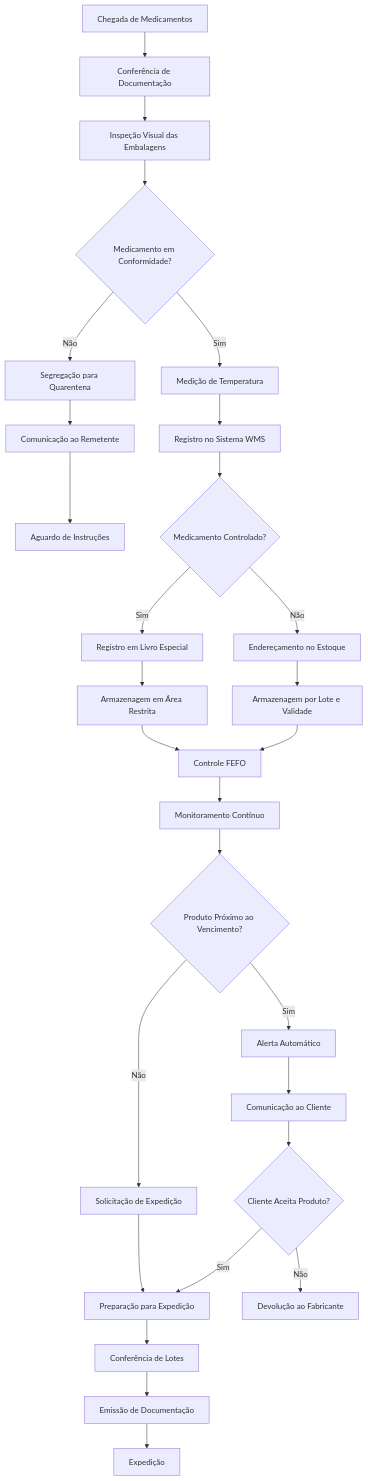
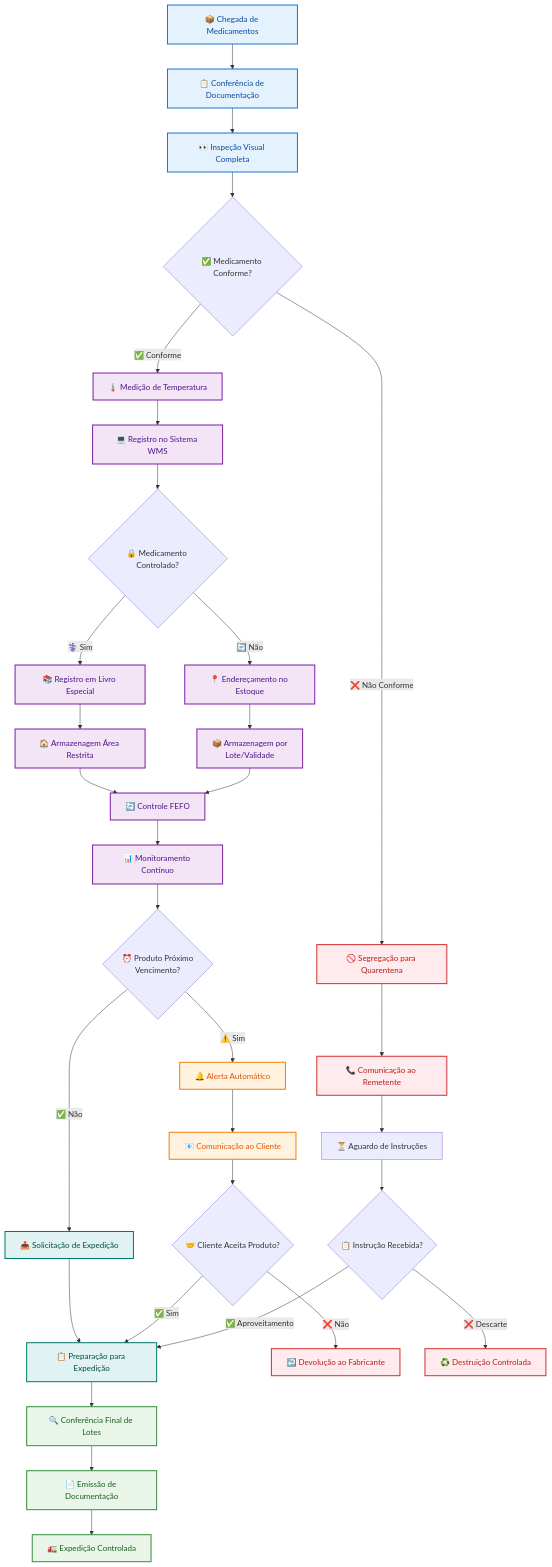
One commit to ceciliodaher/POP-Expertzy changed the second of 5 diagrams in pop/transportes_fluxos_pop_v2.md. Above: the diagram before and after it, drawn with Mermaid. The commit also changed other lines of this file and 18 other files, not shown here.

First line of the commit message:
feat: Implementar suporte Mermaid e atualizar POPs para versão 2.0

````diff
--- a/pop/transportes_fluxos_pop_v2.md
+++ b/pop/transportes_fluxos_pop_v2.md
@@ -546,41 +403,77 @@
 ```mermaid
-graph TD
-    A[Chegada de Medicamentos] --> B[Conferência de Documentação]
-    B --> C[Inspeção Visual das Embalagens]
-    C --> D{Medicamento em Conformidade?}
-    
-    D -->|Não| E[Segregação para Quarentena]
-    D -->|Sim| F[Medição de Temperatura]
-    
-    E --> G[Comunicação ao Remetente]
-    F --> H[Registro no Sistema WMS]
-    
-    G --> I[Aguardo de Instruções]
-    H --> J{Medicamento Controlado?}
-    
-    J -->|Sim| K[Registro em Livro Especial]
-    J -->|Não| L[Endereçamento no Estoque]
-    
-    K --> M[Armazenagem em Área Restrita]
-    L --> N[Armazenagem por Lote e Validade]
-    
-    M --> O[Controle FEFO]
+flowchart TD
+    A["📦 Chegada de Medicamentos"]
+    B["📋 Conferência de Documentação"]
+    C["👀 Inspeção Visual Completa"]
+    D{"✅ Medicamento Conforme?"}
+    E["🚫 Segregação para Quarentena"]
+    F["🌡️ Medição de Temperatura"]
+    G["📞 Comunicação ao Remetente"]
+    H["💻 Registro no Sistema WMS"]
+    I["⏳ Aguardo de Instruções"]
+    J{"🔒 Medicamento Controlado?"}
+    K["📚 Registro em Livro Especial"]
+    L["📍 Endereçamento no Estoque"]
+    M["🏠 Armazenagem Área Restrita"]
+    N["📦 Armazenagem por\nLote/Validade"]
+    O["🔄 Controle FEFO"]
+    P["📊 Monitoramento Contínuo"]
+    Q{"⏰ Produto Próximo\nVencimento?"}
+    R["🔔 Alerta Automático"]
+    S["📤 Solicitação de Expedição"]
+    T["📧 Comunicação ao Cliente"]
+    U["📋 Preparação para Expedição"]
+    V{"🤝 Cliente Aceita Produto?"}
+    W["↩️ Devolução ao Fabricante"]
+    X["🔍 Conferência Final de Lotes"]
+    Y["📄 Emissão de Documentação"]
+    Z["🚛 Expedição Controlada"]
+    AA{"📋 Instrução Recebida?"}
+    BB["♻️ Destruição Controlada"]
+
+    A --> B
+    B --> C
+    C --> D
+    D -->|"❌ Não Conforme"| E
+    D -->|"✅ Conforme"| F
+    E --> G
+    F --> H
+    G --> I
+    H --> J
+    J -->|"⚕️ Sim"| K
+    J -->|"🔄 Não"| L
+    K --> M
+    L --> N
+    M --> O
     N --> O
-    
-    O --> P[Monitoramento Contínuo]
-    P --> Q{Produto Próximo ao Vencimento?}
-    
-    Q -->|Sim| R[Alerta Automático]
-    Q -->|Não| S[Solicitação de Expedição]
-    
-    R --> T[Comunicação ao Cliente]
-    S --> U[Preparação para Expedição]
-    
-    T --> V{Cliente Aceita Produto?}
-    V -->|Não| W[Devolução ao Fabricante]
-    V -->|Sim| U
-    
-    U --> X[Conferência de Lotes]
-    X --> Y[Emissão de Documentação]
-    Y --> Z[Expedição]
+    O --> P
+    P --> Q
+    Q -->|"⚠️ Sim"| R
+    Q -->|"✅ Não"| S
+    R --> T
+    S --> U
+    T --> V
+    V -->|"❌ Não"| W
+    V -->|"✅ Sim"| U
+    U --> X
+    X --> Y
+    Y --> Z
+    I --> AA
+    AA -->|"✅ Aproveitamento"| U
+    AA -->|"❌ Descarte"| BB
+
+    classDef entry fill:#E3F2FD,stroke:#1976D2,stroke-width:2px,color:#0D47A1
+    classDef storage fill:#F3E5F5,stroke:#7B1FA2,stroke-width:2px,color:#4A148C
+    classDef control fill:#E8F5E8,stroke:#388E3C,stroke-width:2px,color:#1B5E20
+    classDef alert fill:#FFF3E0,stroke:#F57C00,stroke-width:2px,color:#E65100
+    classDef danger fill:#FFEBEE,stroke:#D32F2F,stroke-width:2px,color:#B71C1C
+    classDef success fill:#E0F2F1,stroke:#00796B,stroke-width:2px,color:#004D40
+
+    class A,B,C entry
+    class F,H,K,L,M,N,O,P storage
+    class X,Y,Z control
+    class R,T alert
+    class E,G,W,BB danger
+    class S,U success
+
 ```
````
